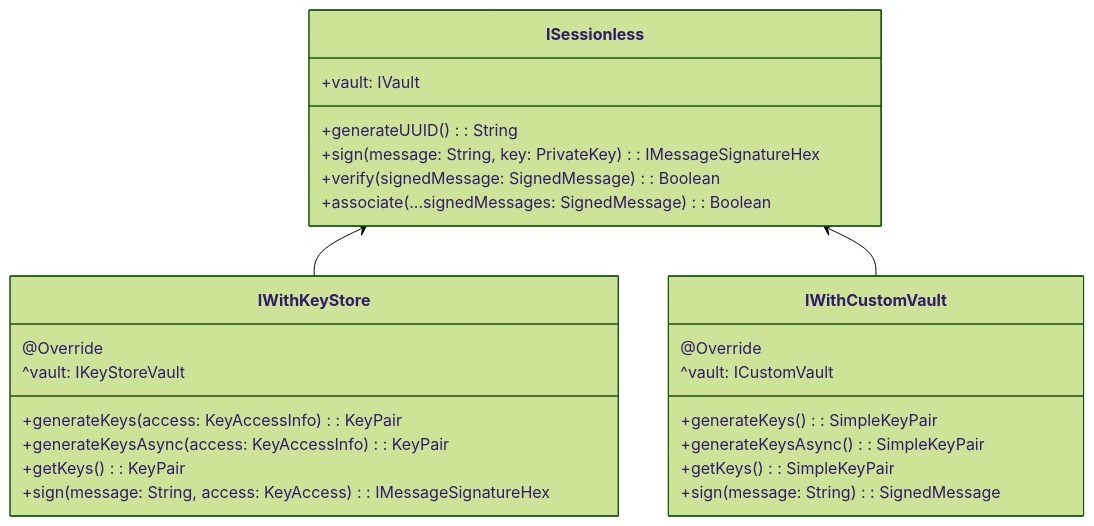
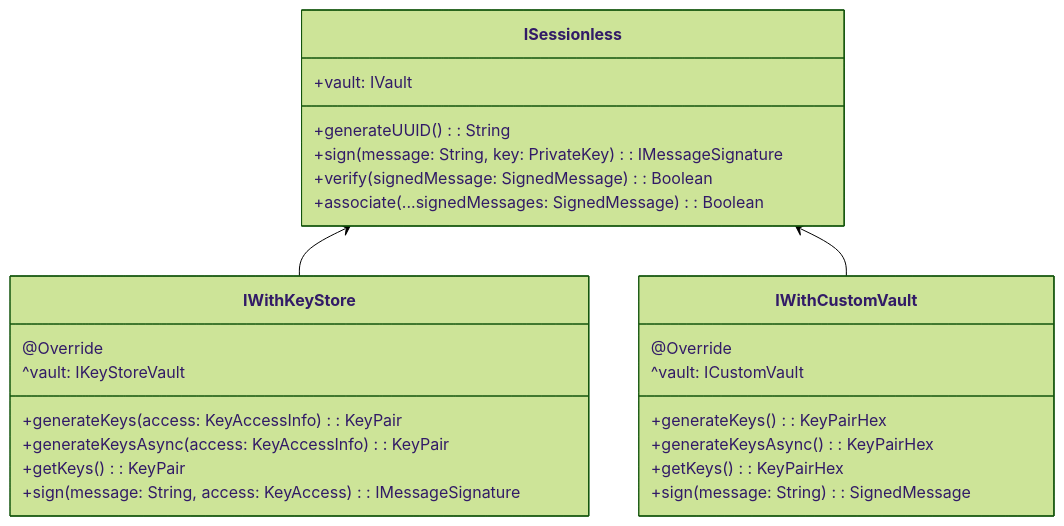
Before and after one commit to planet-nine-app/sessionless: the first of 4 diagrams in src/kotlin/README.md, drawn with Mermaid (forest theme). The commit also changed other lines of this file, not shown here.

````diff
--- a/src/kotlin/README.md
+++ b/src/kotlin/README.md
@@ -3,34 +3,34 @@
 ```mermaid
 classDiagram
   class ISessionless {
     +vault: IVault
 
     +generateUUID(): String
-    +sign(message: String, key: PrivateKey): IMessageSignatureHex
+    +sign(message: String, key: PrivateKey): IMessageSignature
     +verify(signedMessage: SignedMessage): Boolean
     +associate(...signedMessages: SignedMessage): Boolean
   }
 
   class IWithKeyStore {
     @Override
     ^vault: IKeyStoreVault
 
     +generateKeys(access: KeyAccessInfo): KeyPair
     +generateKeysAsync(access: KeyAccessInfo): KeyPair
     +getKeys(): KeyPair
-    +sign(message: String, access: KeyAccess): IMessageSignatureHex
+    +sign(message: String, access: KeyAccess): IMessageSignature
   }
 
   class IWithCustomVault {
     @Override
     ^vault: ICustomVault
 
-    +generateKeys(): SimpleKeyPair
-    +generateKeysAsync(): SimpleKeyPair
-    +getKeys(): SimpleKeyPair
+    +generateKeys(): KeyPairHex
+    +generateKeysAsync(): KeyPairHex
+    +getKeys(): KeyPairHex
     +sign(message: String): SignedMessage
   }
 
   ISessionless <-- IWithKeyStore
   ISessionless <-- IWithCustomVault
 ```
````
